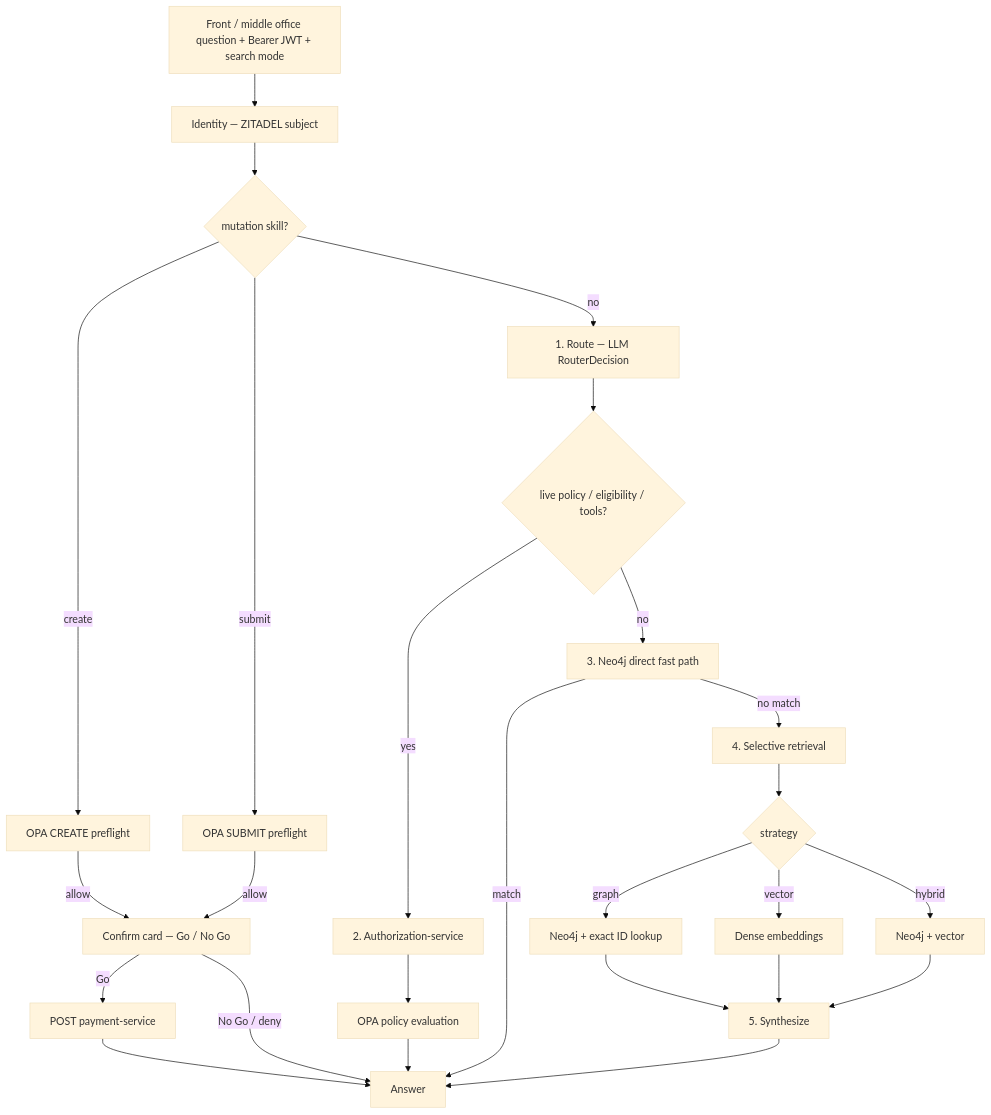
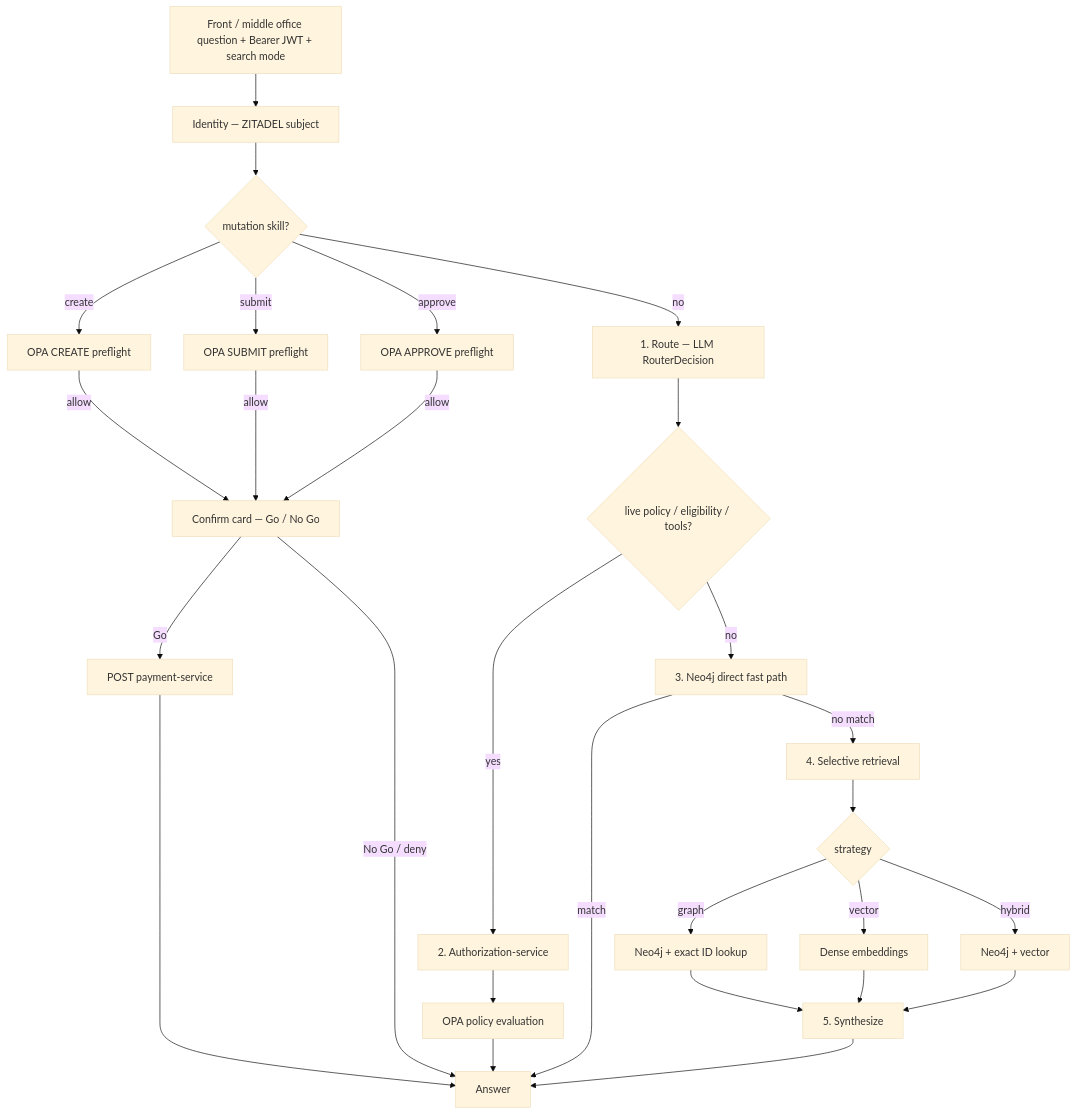
Before and after one commit to sanjuthomas/policy-pilot: the second of 2 diagrams in README.md, drawn with Mermaid (base theme). The commit also changed other lines of this file and 27 other files, not shown here.

````diff
--- a/README.md
+++ b/README.md
@@ -130,28 +135,30 @@
 ```mermaid
 flowchart TD
     Q["Front / middle office question + Bearer JWT + search mode"] --> ID[Identity — ZITADEL subject]
     ID --> SK{mutation skill?}
     SK -->|create| PRE1[OPA CREATE preflight]
     SK -->|submit| PRE2[OPA SUBMIT preflight]
+    SK -->|approve| PRE3[OPA APPROVE preflight]
     PRE1 -->|allow| CONF[Confirm card — Go / No Go]
     PRE2 -->|allow| CONF
+    PRE3 -->|allow| CONF
     CONF -->|Go| PAY[POST payment-service]
     PAY --> A[Answer]
     CONF -->|No Go / deny| A
     SK -->|no| R[1. Route — LLM RouterDecision]
     R --> E{live policy / eligibility / tools?}
     E -->|yes| AZ[2. Authorization-service]
     AZ --> OPA[OPA policy evaluation]
     OPA --> A
     E -->|no| D[3. Neo4j direct fast path]
     D -->|match| A
     D -->|no match| RET[4. Selective retrieval]
     RET --> G{strategy}
     G -->|graph| N[Neo4j + exact ID lookup]
     G -->|vector| V[Dense embeddings]
     G -->|hybrid| H[Neo4j + vector]
     N --> S[5. Synthesize]
     V --> S
     H --> S
     S --> A
 ```
````
